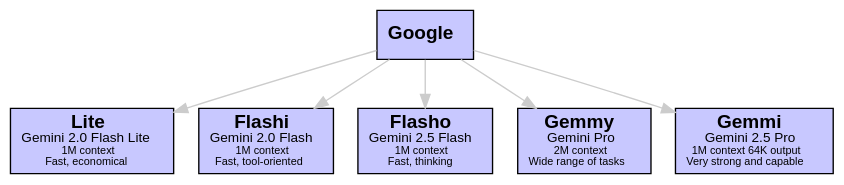
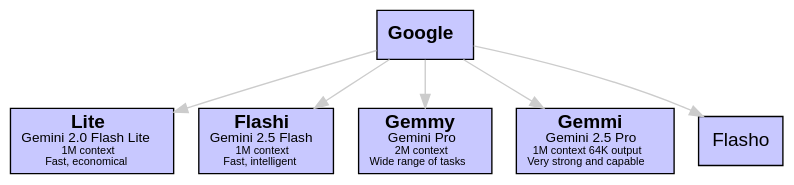
Before and after one commit to sswam/allemande: the fourth of 12 diagrams in doc/guide.md, drawn with Graphviz. The commit also changed 3 other files, not shown here.

First line of the commit message:
feat(llm): Update Gemini Flash models, swap agent assignments

````diff
--- a/doc/guide.md
+++ b/doc/guide.md
@@ -139,20 +139,19 @@
 ```dot
 digraph Google {
     graph [bgcolor=transparent]
     edge [color="#CCCCCC"]
     node [shape=box, style=filled, fillcolor="#C8C8FF", fontname="Helvetica"]
 
     "Google" [label=<<b>Google</b>>]
     "Lite" [label=<<b>Lite</b><br/><font point-size="10">Gemini 2.0 Flash Lite</font><br/><font point-size="8">1M context</font><br/><font point-size="8">Fast, economical</font>>]
-    "Flashi" [label=<<b>Flashi</b><br/><font point-size="10">Gemini 2.0 Flash</font><br/><font point-size="8">1M context</font><br/><font point-size="8">Fast, tool-oriented</font>>]
-    "Flasho" [label=<<b>Flasho</b><br/><font point-size="10">Gemini 2.5 Flash</font><br/><font point-size="8">1M context</font><br/><font point-size="8">Fast, thinking</font>>]
+    "Flashi" [label=<<b>Flashi</b><br/><font point-size="10">Gemini 2.5 Flash</font><br/><font point-size="8">1M context</font><br/><font point-size="8">Fast, intelligent</font>>]
     "Gemmy" [label=<<b>Gemmy</b><br/><font point-size="10">Gemini Pro</font><br/><font point-size="8">2M context</font><br/><font point-size="8">Wide range of tasks</font>>]
     "Gemmi" [label=<<b>Gemmi</b><br/><font point-size="10">Gemini 2.5 Pro</font><br/><font point-size="8">1M context 64K output</font><br/><font point-size="8">Very strong and capable</font>>]
 
     "Google" -> "Lite"
     "Google" -> "Flashi"
     "Google" -> "Flasho"
     "Google" -> "Gemmy"
     "Google" -> "Gemmi"
 }
 ```
````
